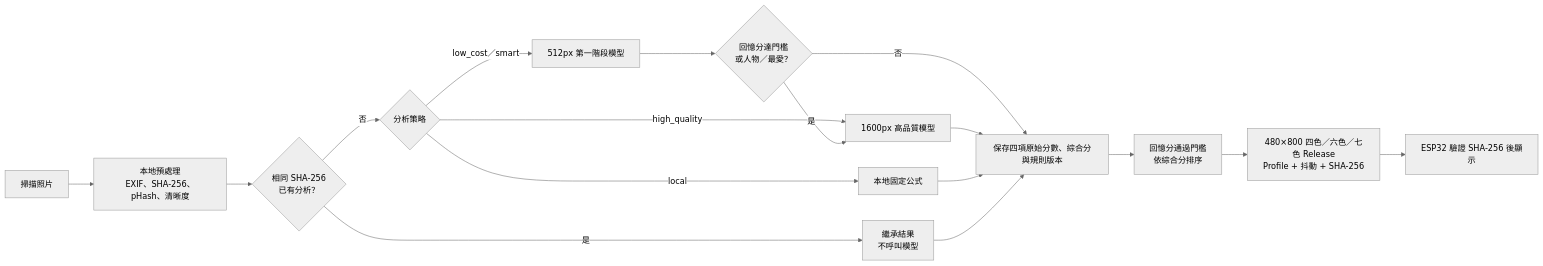
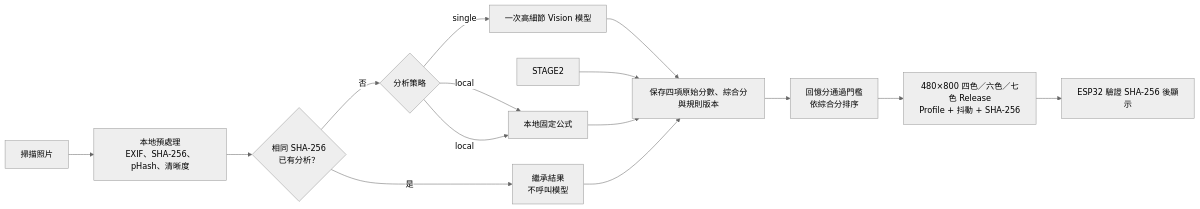
One commit to steven87090799/InkTime changed the second of 3 diagrams in docs/architecture/ARCHITECTURE_ZH_TW.md. Above: the diagram before and after it, drawn with Mermaid (neutral theme). The commit also changed other lines of this file and 71 other files, not shown here.

````diff
--- a/docs/architecture/ARCHITECTURE_ZH_TW.md
+++ b/docs/architecture/ARCHITECTURE_ZH_TW.md
@@ -69,18 +69,16 @@
 ```mermaid
 flowchart LR
     SCAN["掃描照片"] --> LOCAL["本地預處理<br/>EXIF、SHA-256、pHash、清晰度"]
     LOCAL --> DUP{"相同 SHA-256<br/>已有分析？"}
     DUP -->|"是"| INHERIT["繼承結果<br/>不呼叫模型"]
     DUP -->|"否"| STRATEGY{"分析策略"}
     STRATEGY -->|"local"| LOCAL_SCORE["本地固定公式"]
-    STRATEGY -->|"low_cost／smart"| STAGE1["512px 第一階段模型"]
-    STRATEGY -->|"high_quality"| STAGE2["1600px 高品質模型"]
-    STAGE1 --> GATE{"回憶分達門檻<br/>或人物／最愛？"}
-    GATE -->|"是"| STAGE2
-    GATE -->|"否"| SAVE["保存四項原始分數、綜合分與規則版本"]
+    STRATEGY -->|"single"| VISION["一次高細節 Vision 模型"]
+    STRATEGY -->|"local"| LOCAL_SCORE["本地固定公式"]
+    VISION --> SAVE["保存四項原始分數、綜合分與規則版本"]
     STAGE2 --> SAVE
     LOCAL_SCORE --> SAVE
     INHERIT --> SAVE
     SAVE --> PICK["回憶分通過門檻<br/>依綜合分排序"] --> RELEASE["480×800 四色／六色／七色 Release<br/>Profile + 抖動 + SHA-256"]
     RELEASE --> DEVICE["ESP32 驗證 SHA-256 後顯示"]
 ```
````
